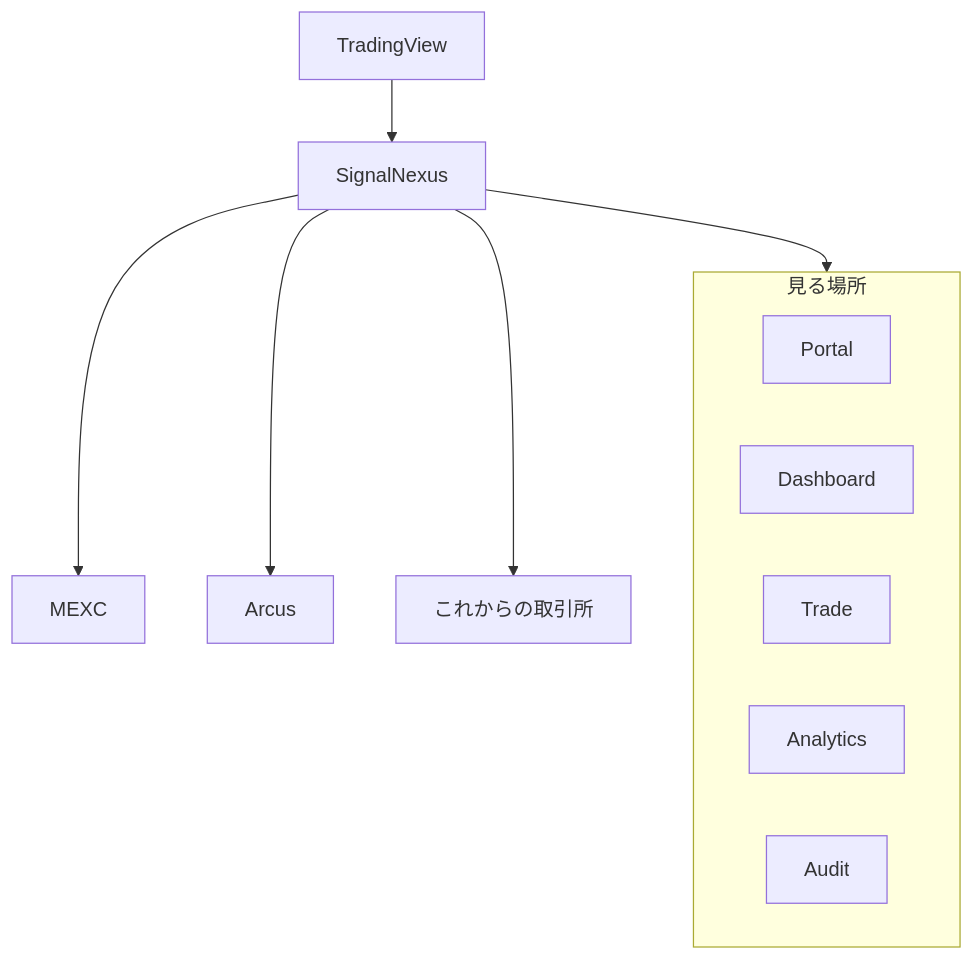
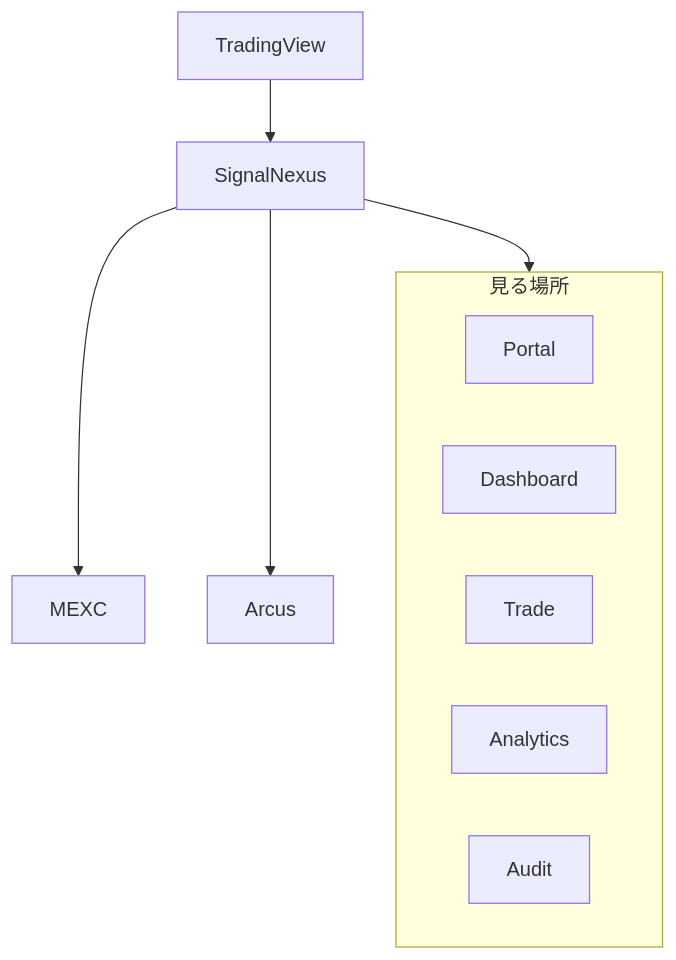
The second of 5 diagrams in docs/architecture/ARCHITECTURE_JA.md (SignalNexus/signal-nexus), drawn with Mermaid before and after one commit. The commit also changed other lines of this file and 5 other files, not shown here.

````diff
--- a/docs/architecture/ARCHITECTURE_JA.md
+++ b/docs/architecture/ARCHITECTURE_JA.md
@@ -36,15 +36,14 @@
 ```mermaid
 graph TB
   TradingView --> SignalNexus
   SignalNexus --> MEXC
   SignalNexus --> Arcus
-  SignalNexus --> FutureVenues["これからの取引所"]
   SignalNexus --> Views
   subgraph Views["見る場所"]
     Portal
     Dashboard
     Trade
     Analytics
     Audit
   end
 ```
````
